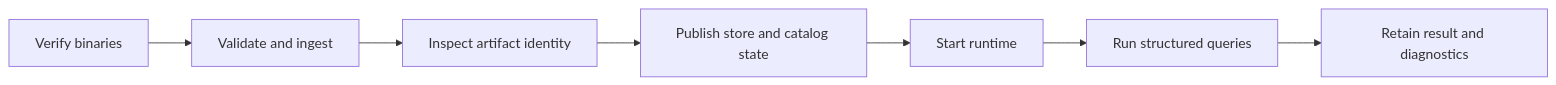
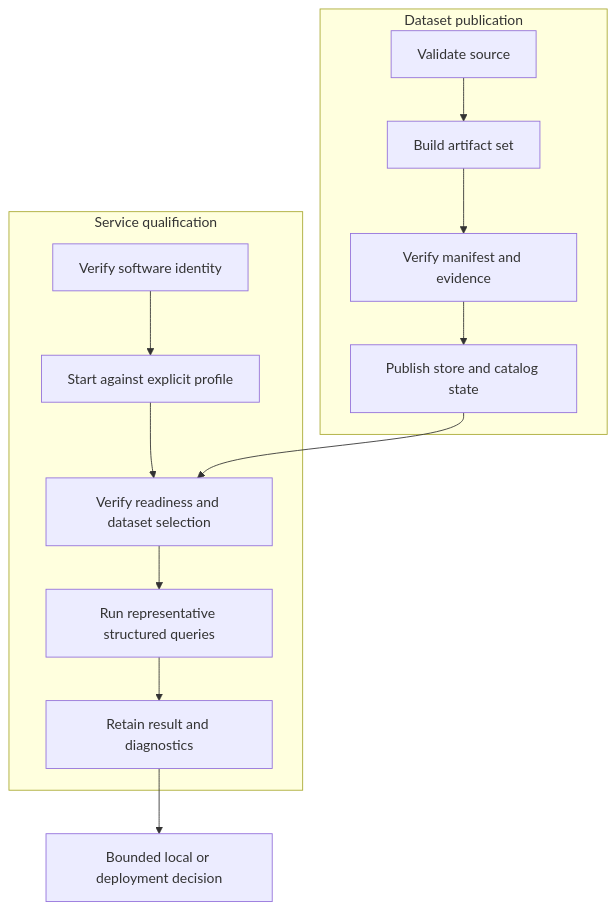
Before and after one commit to bijux/bijux-atlas: the first of 2 diagrams in docs/bijux-atlas/workflows/index.md, drawn with Mermaid. The commit also changed other lines of this file and 2 other files, not shown here.

Commit message:
docs(product): separate dataset and software lifecycles

````diff
--- a/docs/bijux-atlas/workflows/index.md
+++ b/docs/bijux-atlas/workflows/index.md
@@ -16,9 +16,16 @@
 ```mermaid
-flowchart LR
-    Install[Verify binaries] --> Ingest[Validate and ingest]
-    Ingest --> Artifact[Inspect artifact identity]
-    Artifact --> Publish[Publish store and catalog state]
-    Publish --> Serve[Start runtime]
-    Serve --> Query[Run structured queries]
-    Query --> Observe[Retain result and diagnostics]
+flowchart TB
+    subgraph Dataset[Dataset publication]
+        Source[Validate source] --> Ingest[Build artifact set]
+        Ingest --> Verify[Verify manifest and evidence]
+        Verify --> Publish[Publish store and catalog state]
+    end
+    subgraph Service[Service qualification]
+        Install[Verify software identity] --> Start[Start against explicit profile]
+        Start --> Ready[Verify readiness and dataset selection]
+        Ready --> Query[Run representative structured queries]
+        Query --> Observe[Retain result and diagnostics]
+    end
+    Publish --> Ready
+    Observe --> Decision[Bounded local or deployment decision]
 ```
````
